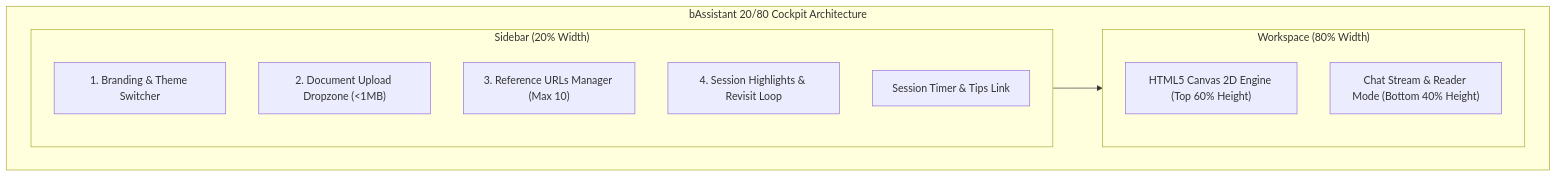
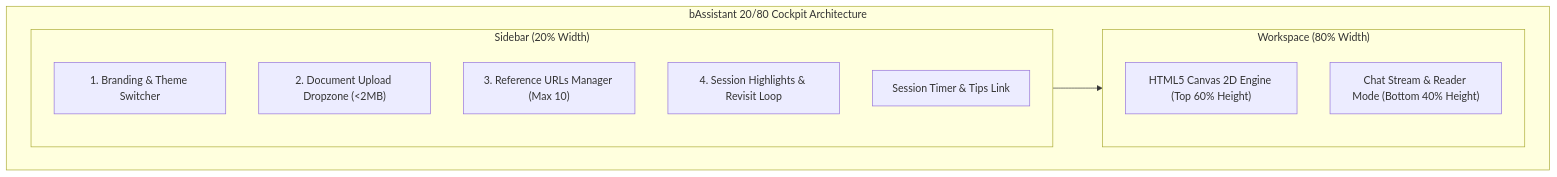
One commit to AmritSDutta/b_aassistant changed the diagram in docs/cockpit-ui.mdx. Above: the diagram before and after it, drawn with Mermaid. The commit also changed other lines of this file and 14 other files, not shown here.

````diff
--- a/docs/cockpit-ui.mdx
+++ b/docs/cockpit-ui.mdx
@@ -10,17 +10,17 @@
 ```mermaid
 flowchart TD
   subgraph Cockpit["bAssistant 20/80 Cockpit Architecture"]
     subgraph Sidebar["Sidebar (20% Width)"]
       B1["1. Branding & Theme Switcher"]
-      B2["2. Document Upload Dropzone (<1MB)"]
+      B2["2. Document Upload Dropzone (<2MB)"]
       B3["3. Reference URLs Manager (Max 10)"]
       B4["4. Session Highlights & Revisit Loop"]
       B5["Session Timer & Tips Link"]
     end
     subgraph Workspace["Workspace (80% Width)"]
       W1["HTML5 Canvas 2D Engine (Top 60% Height)"]
       W2["Chat Stream & Reader Mode (Bottom 40% Height)"]
     end
   end
   Sidebar --> Workspace
 ```
````
